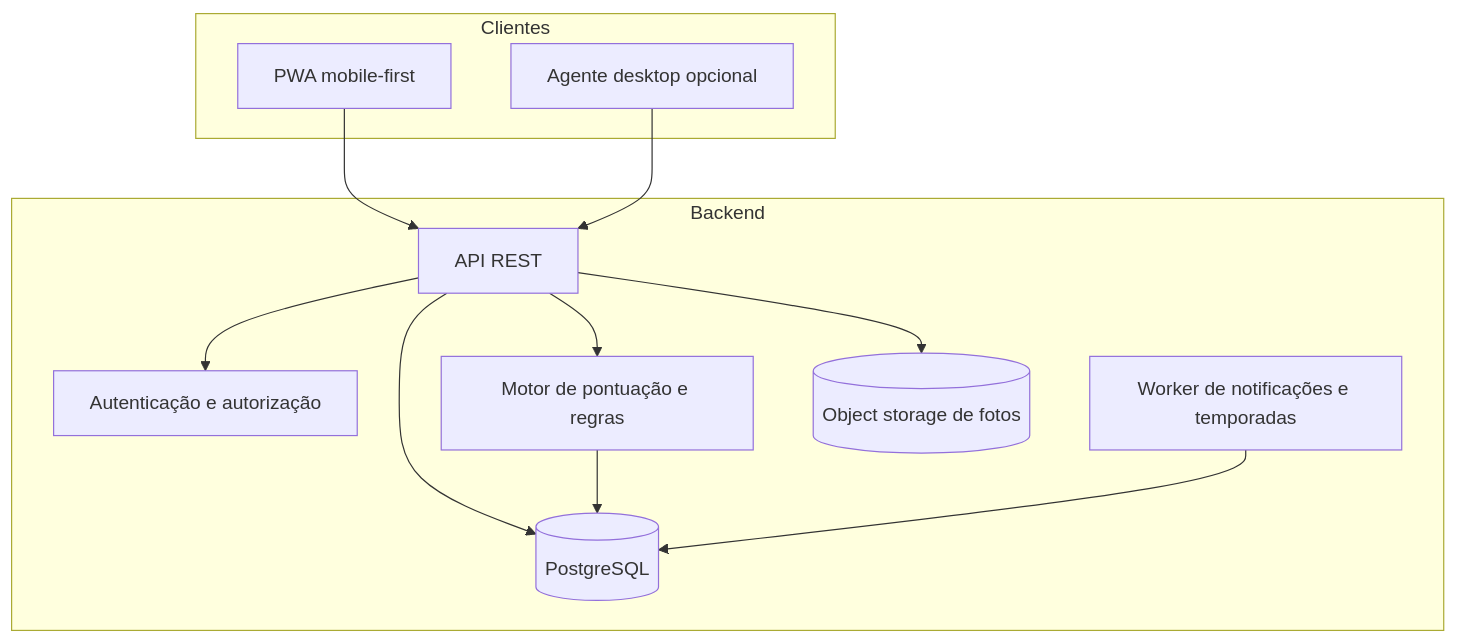
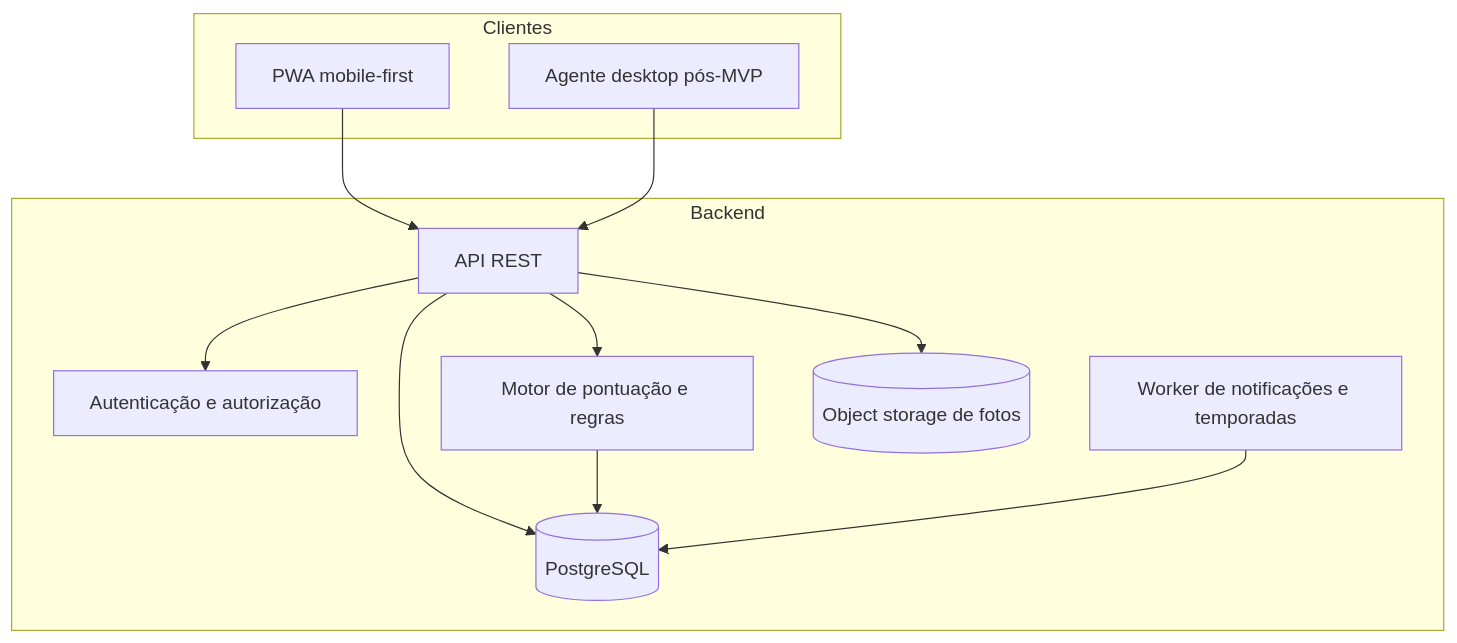
The fourth of 4 diagrams in docs/ideia.md (marcos2872/2026-hackathon-ibm), drawn with Mermaid before and after one commit. The commit also changed other lines of this file, not shown here.

First line of the commit message:
docs(ideia): decisões do CasaQuest e MVP de 40 minutos consolidados

````diff
--- a/docs/ideia.md
+++ b/docs/ideia.md
@@ -536,25 +554,25 @@
 ```mermaid
 flowchart TB
     subgraph Clientes
         PWA[PWA mobile-first]
-        AG[Agente desktop opcional]
+        AG[Agente desktop pós-MVP]
     end
 
     subgraph Backend
         API[API REST]
         AUTH[Autenticação e autorização]
         SCORE[Motor de pontuação e regras]
         JOBS[Worker de notificações e temporadas]
         DB[(PostgreSQL)]
         STORAGE[(Object storage de fotos)]
     end
 
     PWA --> API
     AG --> API
     API --> AUTH
     API --> SCORE
     API --> DB
     API --> STORAGE
     SCORE --> DB
     JOBS --> DB
 ```
````
